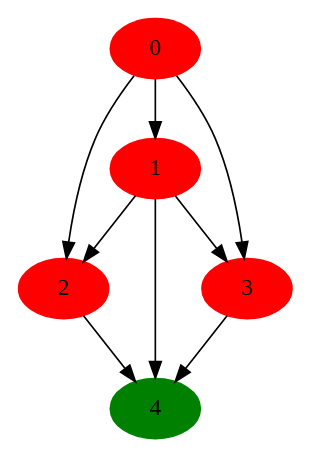
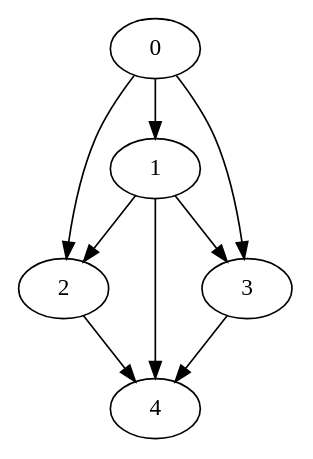
Before and after one commit to Les-Alchimistes-Labs/AlgorithmVisualizer: the diagram in algorithm_visualizer/src/save/tmp/digraph.dot, drawn with Graphviz. The commit also changed 21 other files, not shown here.

```diff
--- a/algorithm_visualizer/src/save/tmp/digraph.dot
+++ b/algorithm_visualizer/src/save/tmp/digraph.dot
@@ -1,15 +1,15 @@
 digraph dig { // 5
 n0->n1 // 0 1
 n0->n2 // 0 2
 n0->n3 // 0 3
 n1->n2 // 1 2
 n1->n3 // 1 3
 n1->n4 // 1 4
 n2->n4 // 2 4
 n3->n4 // 3 4
-n0 [label="0", style = filled , color = red ]
-n1 [label="1", style = filled , color = red ]
-n2 [label="2", style = filled , color = red ]
-n3 [label="3", style = filled , color = red ]
-n4 [label="4", style = filled , color = green ]
+n0 [label="0"]
+n1 [label="1"]
+n2 [label="2"]
+n3 [label="3"]
+n4 [label="4"]
 }
```
